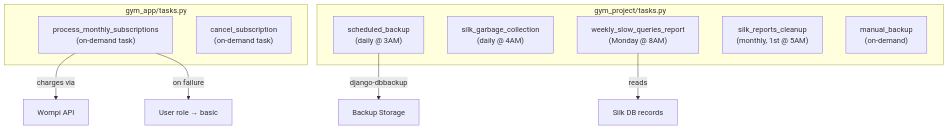
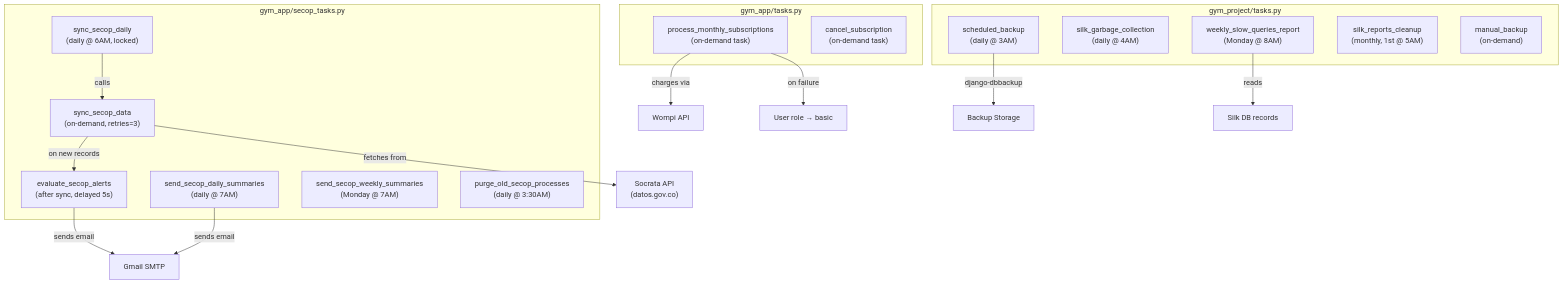
Before and after one commit to carlos18bp/gym_project: the fifth of 8 diagrams in docs/methodology/architecture.md, drawn with Mermaid. The commit also changed other lines of this file and 64 other files, not shown here.

````diff
--- a/docs/methodology/architecture.md
+++ b/docs/methodology/architecture.md
@@ -275,20 +288,34 @@
 ```mermaid
 flowchart TD
     subgraph Business["gym_app/tasks.py"]
         T1["process_monthly_subscriptions\n(on-demand task)"]
         T2["cancel_subscription\n(on-demand task)"]
     end
 
     subgraph Infra["gym_project/tasks.py"]
         T3["scheduled_backup\n(daily @ 3AM)"]
         T4["silk_garbage_collection\n(daily @ 4AM)"]
         T5["weekly_slow_queries_report\n(Monday @ 8AM)"]
         T6["silk_reports_cleanup\n(monthly, 1st @ 5AM)"]
         T7["manual_backup\n(on-demand)"]
     end
 
+    subgraph SECOP["gym_app/secop_tasks.py"]
+        S1["sync_secop_daily\n(daily @ 6AM, locked)"]
+        S2["sync_secop_data\n(on-demand, retries=3)"]
+        S3["evaluate_secop_alerts\n(after sync, delayed 5s)"]
+        S4["send_secop_daily_summaries\n(daily @ 7AM)"]
+        S5["send_secop_weekly_summaries\n(Monday @ 7AM)"]
+        S6["purge_old_secop_processes\n(daily @ 3:30AM)"]
+    end
+
     T1 -->|"charges via"| Wompi["Wompi API"]
     T1 -->|"on failure"| Downgrade["User role → basic"]
     T3 -->|"django-dbbackup"| Storage["Backup Storage"]
     T5 -->|"reads"| Silk["Silk DB records"]
+    S1 -->|"calls"| S2
+    S2 -->|"fetches from"| Socrata["Socrata API\n(datos.gov.co)"]
+    S2 -->|"on new records"| S3
+    S3 -->|"sends email"| SMTP2["Gmail SMTP"]
+    S4 -->|"sends email"| SMTP2
 ```
````
